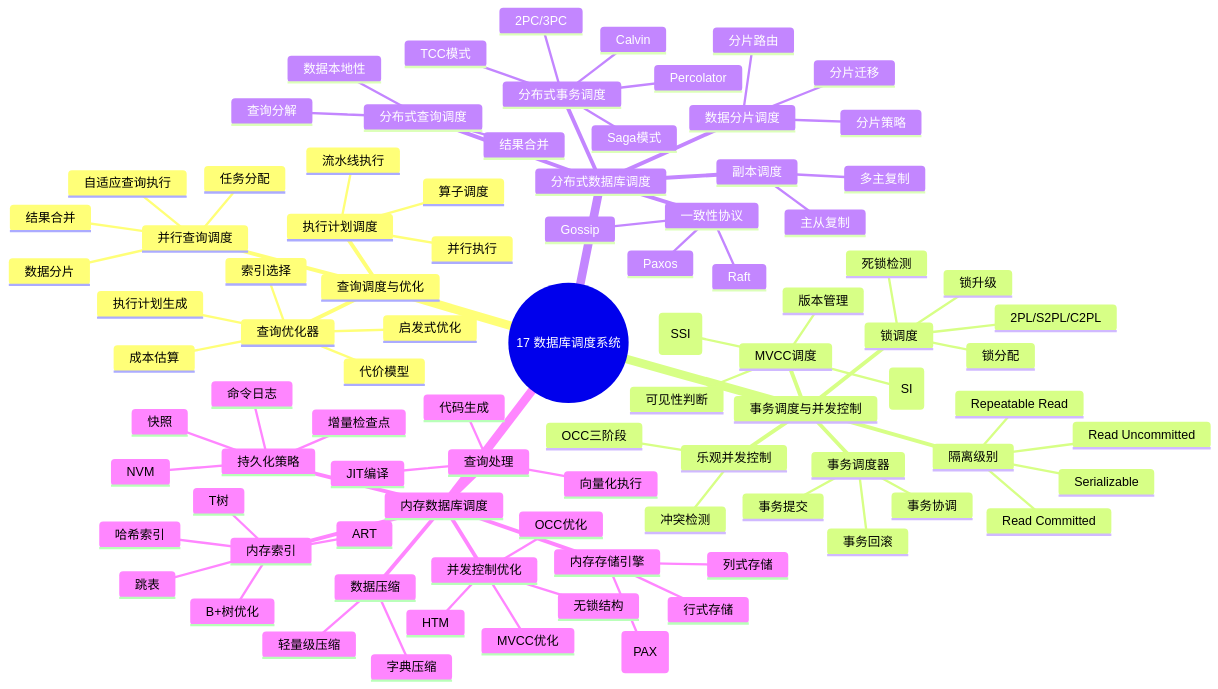
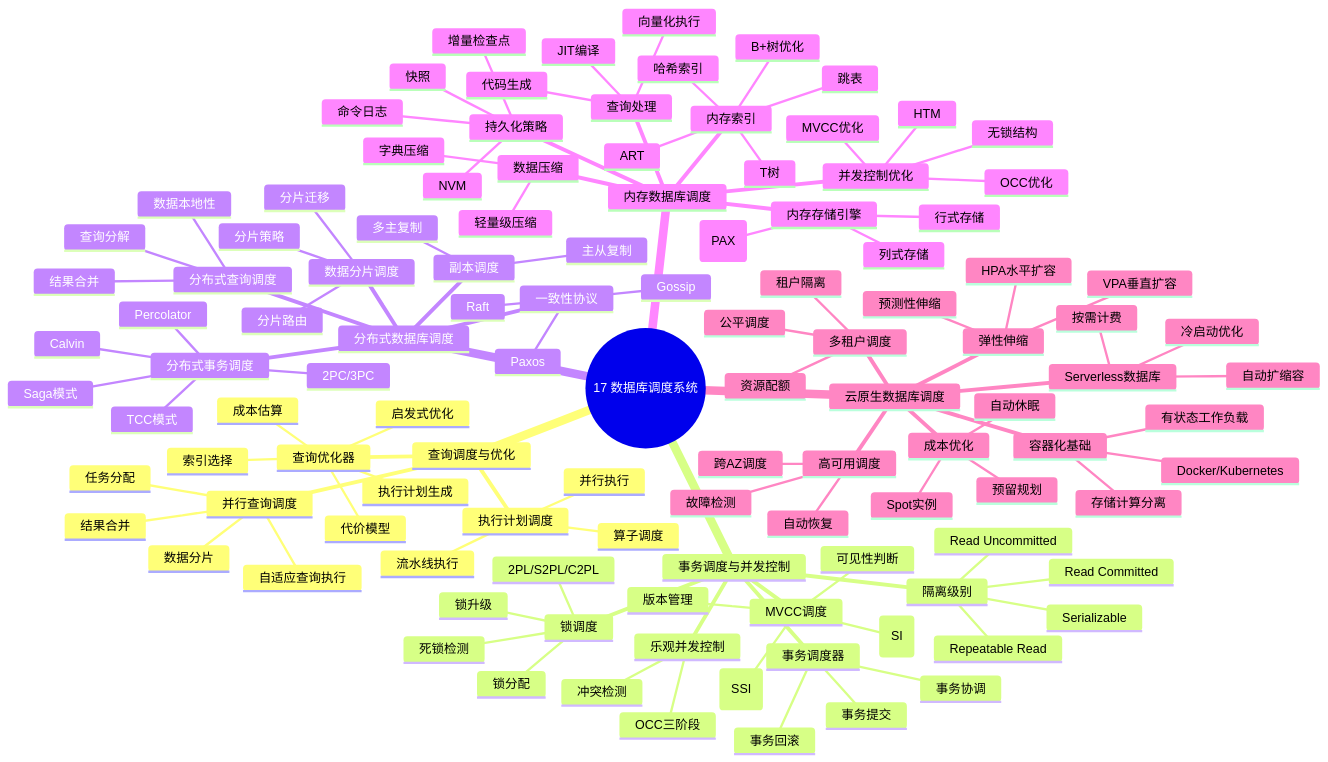
One commit to AdaMartin18010/FormalScience changed the diagram in Composed/schedule_formal_view/17_数据库调度系统/README.md. Above: the diagram before and after it, drawn with Mermaid. The commit also changed other lines of this file and 883 other files, not shown here.

````diff
--- a/Composed/schedule_formal_view/17_数据库调度系统/README.md
+++ b/Composed/schedule_formal_view/17_数据库调度系统/README.md
@@ -116,4 +116,29 @@
         向量化执行
         JIT编译
         代码生成
+    云原生数据库调度
+      容器化基础
+        Docker/Kubernetes
+        有状态工作负载
+        存储计算分离
+      Serverless数据库
+        按需计费
+        自动扩缩容
+        冷启动优化
+      弹性伸缩
+        HPA水平扩容
+        VPA垂直扩容
+        预测性伸缩
+      多租户调度
+        租户隔离
+        资源配额
+        公平调度
+      高可用调度
+        故障检测
+        自动恢复
+        跨AZ调度
+      成本优化
+        Spot实例
+        预留规划
+        自动休眠
 ```
````
